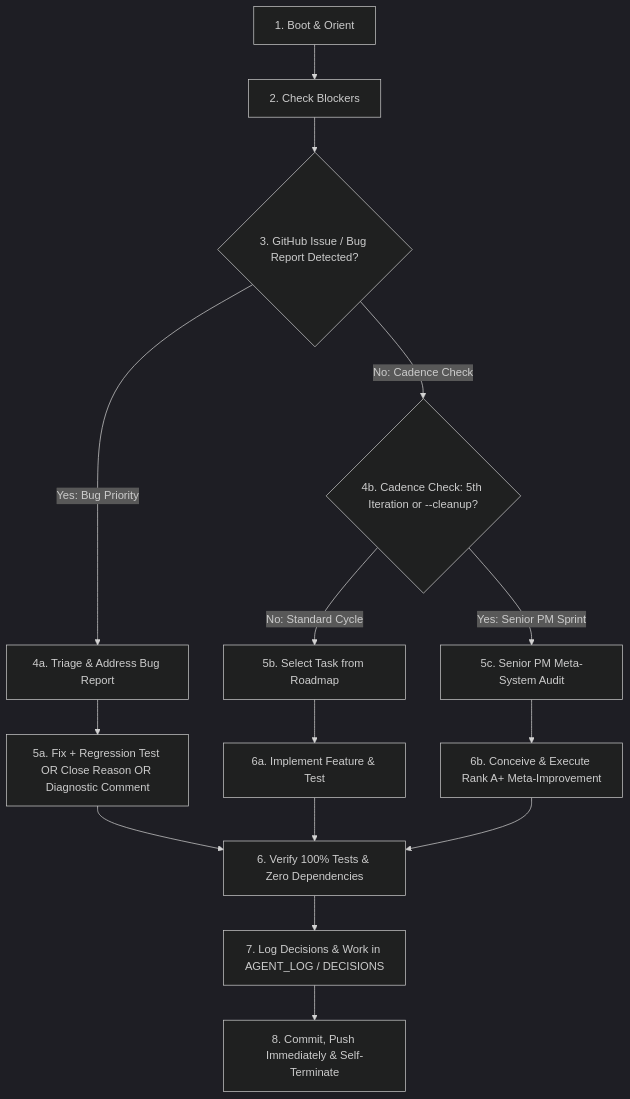
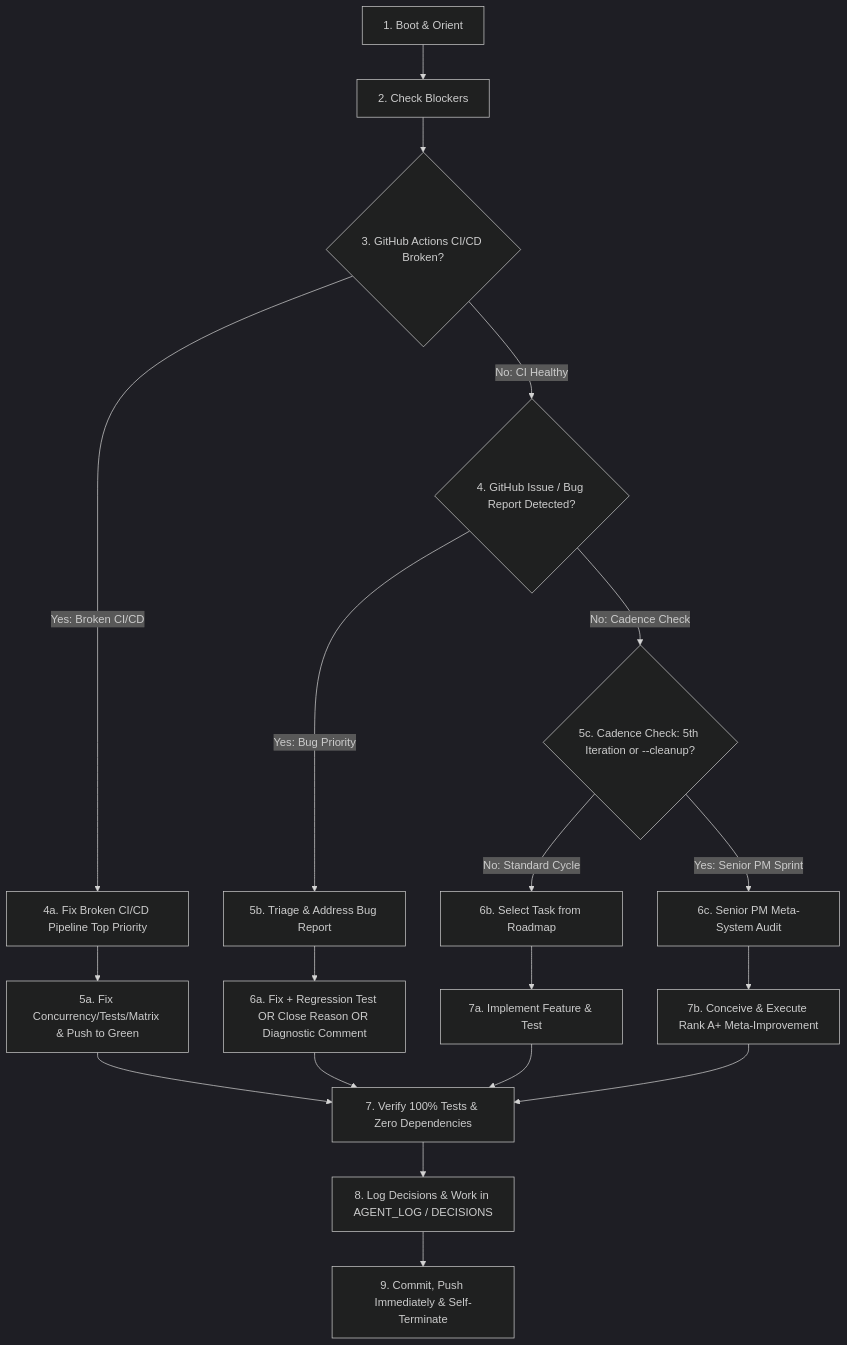
Before and after one commit to mrmarkwell/bible: the diagram in AGENTS.md, drawn with Mermaid (dark theme). The commit also changed other lines of this file and 11 other files, not shown here.

Commit message:
fix(ci): implement autonomous CI/CD pre-check sentry, fork-safe test runner concurrency, and CI priority protocol (ADR-072)

````diff
--- a/AGENTS.md
+++ b/AGENTS.md
@@ -56,17 +56,21 @@
 ```mermaid
 flowchart TD
     A[1. Boot & Orient] --> B[2. Check Blockers]
-    B --> C{3. GitHub Issue / Bug Report Detected?}
-    C -- Yes: Bug Priority --> D1[4a. Triage & Address Bug Report]
-    D1 --> E1[5a. Fix + Regression Test OR Close Reason OR Diagnostic Comment]
-    C -- No: Cadence Check --> D2{4b. Cadence Check: 5th Iteration or --cleanup?}
-    D2 -- No: Standard Cycle --> D3[5b. Select Task from Roadmap]
-    D2 -- Yes: Senior PM Sprint --> D4[5c. Senior PM Meta-System Audit]
-    E1 --> I[6. Verify 100% Tests & Zero Dependencies]
-    D3 --> E2[6a. Implement Feature & Test]
-    D4 --> E3[6b. Conceive & Execute Rank A+ Meta-Improvement]
+    B --> C0{3. GitHub Actions CI/CD Broken?}
+    C0 -- Yes: Broken CI/CD --> D0[4a. Fix Broken CI/CD Pipeline Top Priority]
+    D0 --> E0[5a. Fix Concurrency/Tests/Matrix & Push to Green]
+    C0 -- No: CI Healthy --> C{4. GitHub Issue / Bug Report Detected?}
+    C -- Yes: Bug Priority --> D1[5b. Triage & Address Bug Report]
+    D1 --> E1[6a. Fix + Regression Test OR Close Reason OR Diagnostic Comment]
+    C -- No: Cadence Check --> D2{5c. Cadence Check: 5th Iteration or --cleanup?}
+    D2 -- No: Standard Cycle --> D3[6b. Select Task from Roadmap]
+    D2 -- Yes: Senior PM Sprint --> D4[6c. Senior PM Meta-System Audit]
+    E0 --> I[7. Verify 100% Tests & Zero Dependencies]
+    E1 --> I
+    D3 --> E2[7a. Implement Feature & Test]
+    D4 --> E3[7b. Conceive & Execute Rank A+ Meta-Improvement]
     E2 --> I
     E3 --> I
-    I --> J[7. Log Decisions & Work in AGENT_LOG / DECISIONS]
-    J --> K[8. Commit, Push Immediately & Self-Terminate]
+    I --> J[8. Log Decisions & Work in AGENT_LOG / DECISIONS]
+    J --> K[9. Commit, Push Immediately & Self-Terminate]
 ```
````
